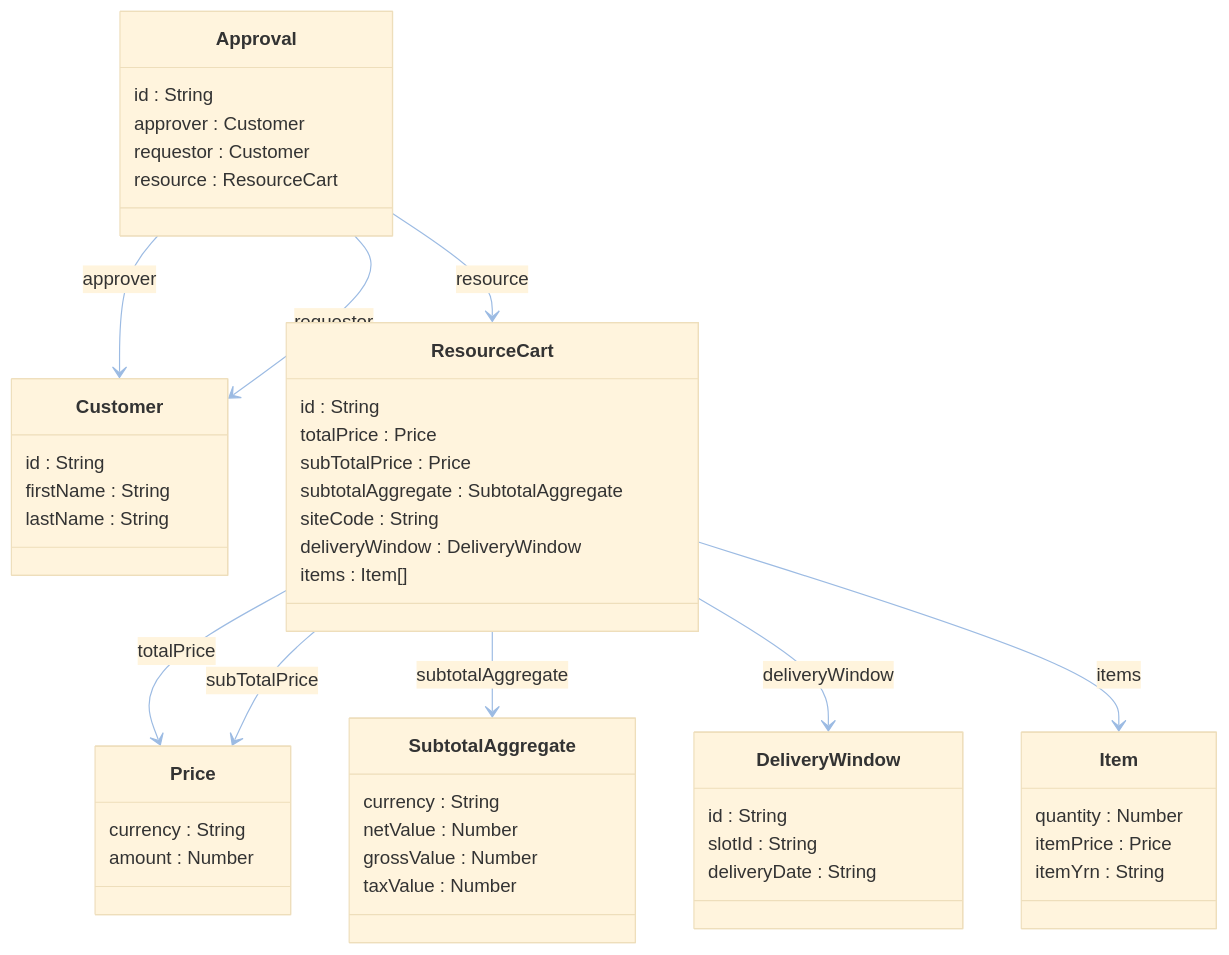
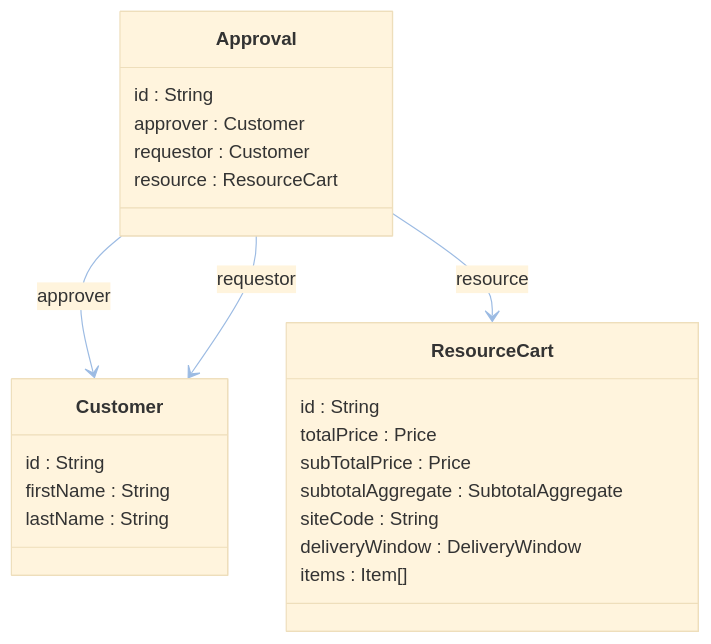
Before and after one commit to emporix/api-references: the first of 4 diagrams in companies-and-customers/approval-service/approval.md, drawn with Mermaid.

````diff
--- a/companies-and-customers/approval-service/approval.md
+++ b/companies-and-customers/approval-service/approval.md
@@ -12,70 +12,40 @@
 ```mermaid
 ---
 config:
   layout: fixed
   theme: base
   look: classic
   themeVariables:
     background: transparent
     lineColor: "#9CBBE3"
     arrowheadColor: "#9CBBE3"
     edgeLabelBackground: "#FFC128" 
     edgeLabelTextColor: "#4C5359"
 ---
 classDiagram
     class Approval {
         id : String
         approver : Customer
         requestor : Customer
         resource : ResourceCart
     }
 
     class Customer {
         id : String
         firstName : String
         lastName : String
     }
 
     class ResourceCart {
         id : String
         totalPrice : Price
         subTotalPrice : Price
         subtotalAggregate : SubtotalAggregate
         siteCode : String
         deliveryWindow : DeliveryWindow
         items : Item[]
     }
-
-    class Price {
-        currency : String
-        amount : Number
-    }
-
-    class SubtotalAggregate {
-        currency : String
-        netValue : Number
-        grossValue : Number
-        taxValue : Number
-    }
-
-    class DeliveryWindow {
-        id : String
-        slotId : String
-        deliveryDate : String
-    }
-
-    class Item {
-        quantity : Number
-        itemPrice : Price
-        itemYrn : String
-    }
-
     Approval --> Customer : approver
     Approval --> Customer : requestor
     Approval --> ResourceCart : resource
-    ResourceCart --> Price : totalPrice
-    ResourceCart --> Price : subTotalPrice
-    ResourceCart --> SubtotalAggregate : subtotalAggregate
-    ResourceCart --> DeliveryWindow : deliveryWindow
-    ResourceCart --> Item : items
   ```
````
